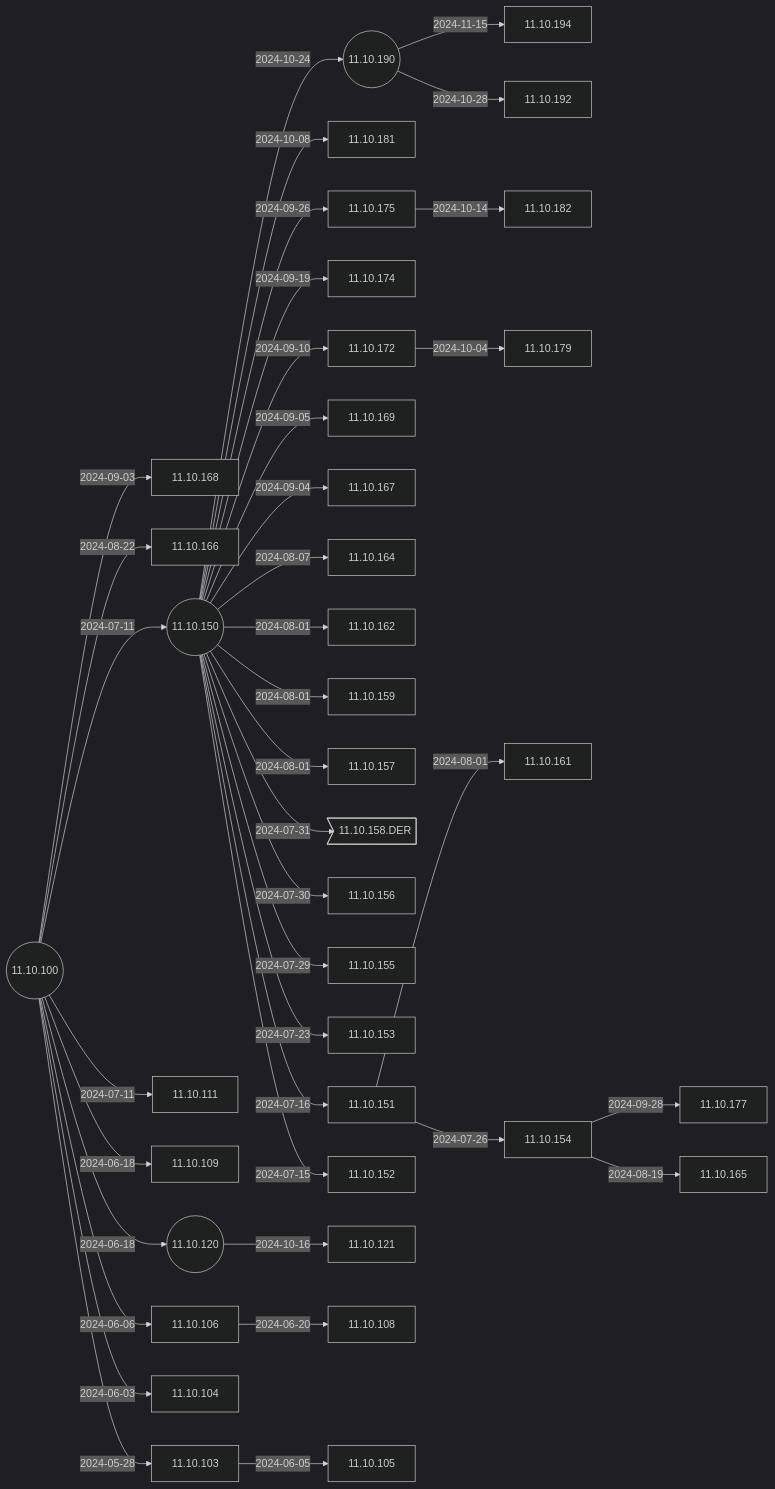
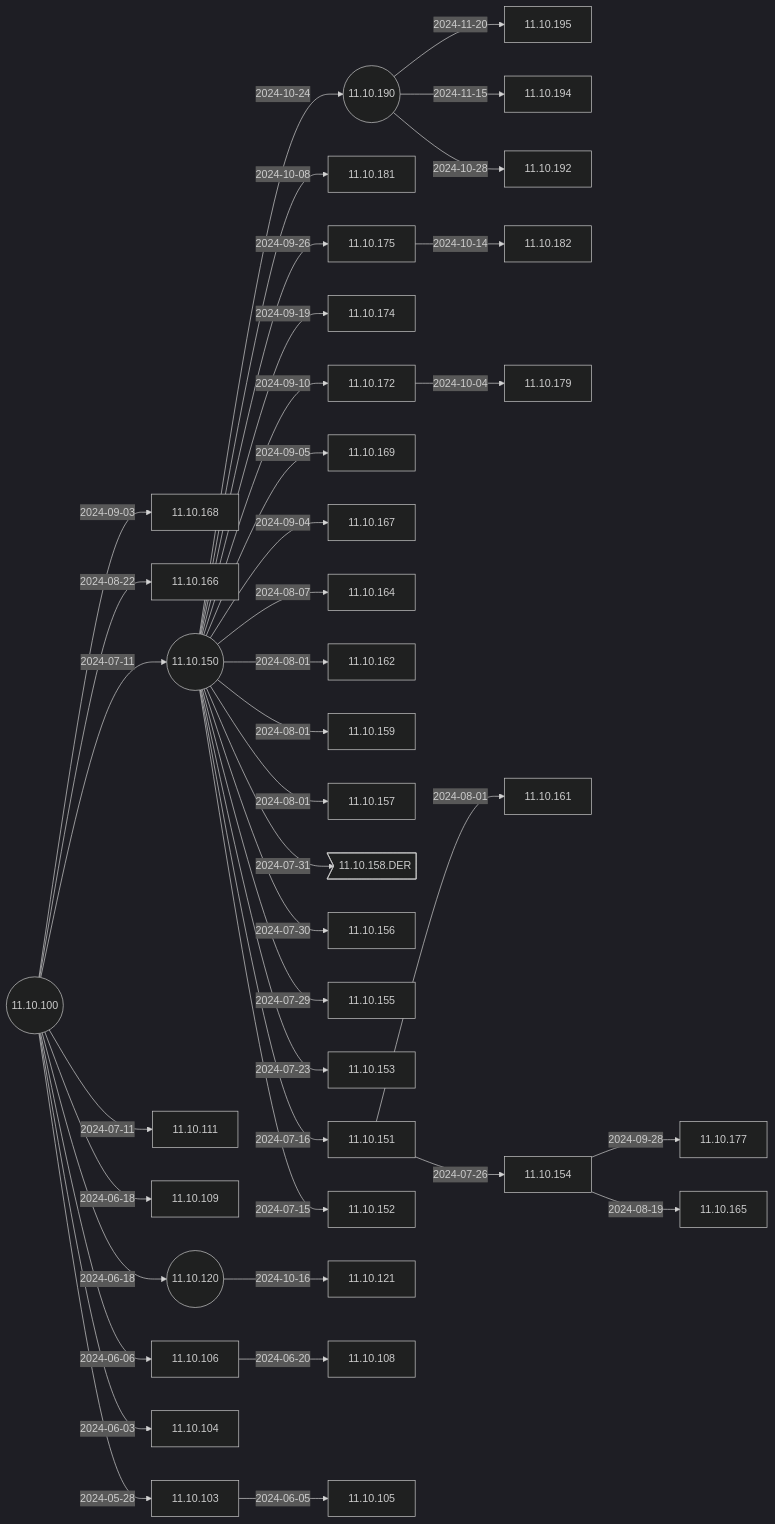
Before and after one commit to IGEL-Community/IGEL-Docs-v02: the second of 6 diagrams in docs/Docs/ReleaseNotes/01-OS11/README.md, drawn with Mermaid (dark theme). The commit also changed 2 other files, not shown here.

Commit message:
11.10.195 < 11.10.190 11.10.195 < 11.10.190

````diff
--- a/docs/Docs/ReleaseNotes/01-OS11/README.md
+++ b/docs/Docs/ReleaseNotes/01-OS11/README.md
@@ -41,79 +41,81 @@
 ```mermaid
 flowchart LR
+    11.10.190-- 2024-11-20 -->11.10.195
     11.10.190-- 2024-11-15 -->11.10.194
     11.10.190-- 2024-10-28 -->11.10.192
     11.10.150-- 2024-10-24 -->11.10.190((11.10.190))
     11.10.120-- 2024-10-16 -->11.10.121
     11.10.175-- 2024-10-14 -->11.10.182
     11.10.150-- 2024-10-08 -->11.10.181
     11.10.172-- 2024-10-04 -->11.10.179
     11.10.154-- 2024-09-28 -->11.10.177
     11.10.150-- 2024-09-26 -->11.10.175
     11.10.150-- 2024-09-19 -->11.10.174
     11.10.150-- 2024-09-10 -->11.10.172
     11.10.150-- 2024-09-05 -->11.10.169
     11.10.150-- 2024-09-04 -->11.10.167
     11.10.100-- 2024-09-03 -->11.10.168
     11.10.100-- 2024-08-22 -->11.10.166
     11.10.154-- 2024-08-19 -->11.10.165
     11.10.150-- 2024-08-07 -->11.10.164
     11.10.150-- 2024-08-01 -->11.10.162
     11.10.151-- 2024-08-01 -->11.10.161
     11.10.150-- 2024-08-01 -->11.10.159
     11.10.150-- 2024-08-01 -->11.10.157
     11.10.150-- 2024-07-31 -->11.10.158.DER>11.10.158.DER]
     11.10.150-- 2024-07-30 -->11.10.156
     11.10.150-- 2024-07-29 -->11.10.155
     11.10.151-- 2024-07-26 -->11.10.154
     11.10.150-- 2024-07-23 -->11.10.153
     11.10.150-- 2024-07-16 -->11.10.151
     11.10.150-- 2024-07-15 -->11.10.152
     11.10.100-- 2024-07-11 -->11.10.150((11.10.150))
     11.10.100-- 2024-07-11 -->11.10.111
     11.10.106-- 2024-06-20 -->11.10.108
     11.10.100-- 2024-06-18 -->11.10.109
     11.10.100-- 2024-06-18 -->11.10.120((11.10.120))
     11.10.100-- 2024-06-06 -->11.10.106
     11.10.103-- 2024-06-05 -->11.10.105
     11.10.100-- 2024-06-03 -->11.10.104
     11.10.100-- 2024-05-28 -->11.10.103
     11.10.100((11.10.100))
+    click 11.10.195 "https://github.com/IGEL-Community/IGEL-Docs-v02/tree/main/docs/Docs/ReleaseNotes/01-OS11/readme11.10.195.txt" _blank
     click 11.10.194 "https://github.com/IGEL-Community/IGEL-Docs-v02/tree/main/docs/Docs/ReleaseNotes/01-OS11/readme11.10.194.txt" _blank
     click 11.10.192 "https://github.com/IGEL-Community/IGEL-Docs-v02/tree/main/docs/Docs/ReleaseNotes/01-OS11/readme11.10.192.txt" _blank
     click 11.10.190 "https://github.com/IGEL-Community/IGEL-Docs-v02/tree/main/docs/Docs/ReleaseNotes/01-OS11/readme11.10.190.txt" _blank
     click 11.10.121 "https://github.com/IGEL-Community/IGEL-Docs-v02/tree/main/docs/Docs/ReleaseNotes/01-OS11/readme11.10.121.txt" _blank
     click 11.10.182 "https://github.com/IGEL-Community/IGEL-Docs-v02/tree/main/docs/Docs/ReleaseNotes/01-OS11/readme11.10.182.txt" _blank
     click 11.10.181 "https://github.com/IGEL-Community/IGEL-Docs-v02/tree/main/docs/Docs/ReleaseNotes/01-OS11/readme11.10.181.txt" _blank
     click 11.10.179 "https://github.com/IGEL-Community/IGEL-Docs-v02/tree/main/docs/Docs/ReleaseNotes/01-OS11/readme11.10.179.txt" _blank
     click 11.10.177 "https://github.com/IGEL-Community/IGEL-Docs-v02/tree/main/docs/Docs/ReleaseNotes/01-OS11/readme11.10.177.txt" _blank
     click 11.10.175 "https://github.com/IGEL-Community/IGEL-Docs-v02/tree/main/docs/Docs/ReleaseNotes/01-OS11/readme11.10.175.txt" _blank
     click 11.10.174 "https://github.com/IGEL-Community/IGEL-Docs-v02/tree/main/docs/Docs/ReleaseNotes/01-OS11/readme11.10.174.txt" _blank
     click 11.10.172 "https://github.com/IGEL-Community/IGEL-Docs-v02/tree/main/docs/Docs/ReleaseNotes/01-OS11/readme11.10.172.txt" _blank
     click 11.10.169 "https://github.com/IGEL-Community/IGEL-Docs-v02/tree/main/docs/Docs/ReleaseNotes/01-OS11/readme11.10.169.txt" _blank
     click 11.10.167 "https://github.com/IGEL-Community/IGEL-Docs-v02/tree/main/docs/Docs/ReleaseNotes/01-OS11/readme11.10.167.txt" _blank
     click 11.10.168 "https://github.com/IGEL-Community/IGEL-Docs-v02/tree/main/docs/Docs/ReleaseNotes/01-OS11/readme11.10.168.txt" _blank
     click 11.10.166 "https://github.com/IGEL-Community/IGEL-Docs-v02/tree/main/docs/Docs/ReleaseNotes/01-OS11/readme11.10.166.txt" _blank
     click 11.10.165 "https://github.com/IGEL-Community/IGEL-Docs-v02/tree/main/docs/Docs/ReleaseNotes/01-OS11/readme11.10.165.txt" _blank
     click 11.10.164 "https://github.com/IGEL-Community/IGEL-Docs-v02/tree/main/docs/Docs/ReleaseNotes/01-OS11/readme11.10.164.txt" _blank
     click 11.10.162 "https://github.com/IGEL-Community/IGEL-Docs-v02/tree/main/docs/Docs/ReleaseNotes/01-OS11/readme11.10.162.txt" _blank
     click 11.10.161 "https://github.com/IGEL-Community/IGEL-Docs-v02/tree/main/docs/Docs/ReleaseNotes/01-OS11/readme11.10.161.txt" _blank
     click 11.10.159 "https://github.com/IGEL-Community/IGEL-Docs-v02/tree/main/docs/Docs/ReleaseNotes/01-OS11/readme11.10.159.txt" _blank
     click 11.10.157 "https://github.com/IGEL-Community/IGEL-Docs-v02/tree/main/docs/Docs/ReleaseNotes/01-OS11/readme11.10.157.txt" _blank
     click 11.10.158.DER "https://github.com/IGEL-Community/IGEL-Docs-v02/tree/main/docs/Docs/ReleaseNotes/01-OS11/readme11.10.158.DER.txt" _blank
     click 11.10.156 "https://github.com/IGEL-Community/IGEL-Docs-v02/tree/main/docs/Docs/ReleaseNotes/01-OS11/readme11.10.156.txt" _blank
     click 11.10.155 "https://github.com/IGEL-Community/IGEL-Docs-v02/tree/main/docs/Docs/ReleaseNotes/01-OS11/readme11.10.155.txt" _blank
     click 11.10.154 "https://github.com/IGEL-Community/IGEL-Docs-v02/tree/main/docs/Docs/ReleaseNotes/01-OS11/readme11.10.154.txt" _blank
     click 11.10.153 "https://github.com/IGEL-Community/IGEL-Docs-v02/tree/main/docs/Docs/ReleaseNotes/01-OS11/readme11.10.153.txt" _blank
     click 11.10.151 "https://github.com/IGEL-Community/IGEL-Docs-v02/tree/main/docs/Docs/ReleaseNotes/01-OS11/readme11.10.151.txt" _blank
     click 11.10.152 "https://github.com/IGEL-Community/IGEL-Docs-v02/tree/main/docs/Docs/ReleaseNotes/01-OS11/readme11.10.152.txt" _blank
     click 11.10.111 "https://github.com/IGEL-Community/IGEL-Docs-v02/tree/main/docs/Docs/ReleaseNotes/01-OS11/readme11.10.111.txt" _blank
     click 11.10.150 "https://github.com/IGEL-Community/IGEL-Docs-v02/tree/main/docs/Docs/ReleaseNotes/01-OS11/readme11.10.150.txt" _blank
     click 11.10.108 "https://github.com/IGEL-Community/IGEL-Docs-v02/tree/main/docs/Docs/ReleaseNotes/01-OS11/readme11.10.108.txt" _blank
     click 11.10.109 "https://github.com/IGEL-Community/IGEL-Docs-v02/tree/main/docs/Docs/ReleaseNotes/01-OS11/readme11.10.109.txt" _blank
     click 11.10.120 "https://github.com/IGEL-Community/IGEL-Docs-v02/tree/main/docs/Docs/ReleaseNotes/01-OS11/readme11.10.120.txt" _blank
     click 11.10.106 "https://github.com/IGEL-Community/IGEL-Docs-v02/tree/main/docs/Docs/ReleaseNotes/01-OS11/readme11.10.106.txt" _blank
     click 11.10.105 "https://github.com/IGEL-Community/IGEL-Docs-v02/tree/main/docs/Docs/ReleaseNotes/01-OS11/readme11.10.105.txt" _blank
     click 11.10.104 "https://github.com/IGEL-Community/IGEL-Docs-v02/tree/main/docs/Docs/ReleaseNotes/01-OS11/readme11.10.104.txt" _blank
     click 11.10.103 "https://github.com/IGEL-Community/IGEL-Docs-v02/tree/main/docs/Docs/ReleaseNotes/01-OS11/readme11.10.103.txt" _blank
     click 11.10.100 "https://github.com/IGEL-Community/IGEL-Docs-v02/tree/main/docs/Docs/ReleaseNotes/01-OS11/readme11.10.100.txt" _blank
 ```
````
